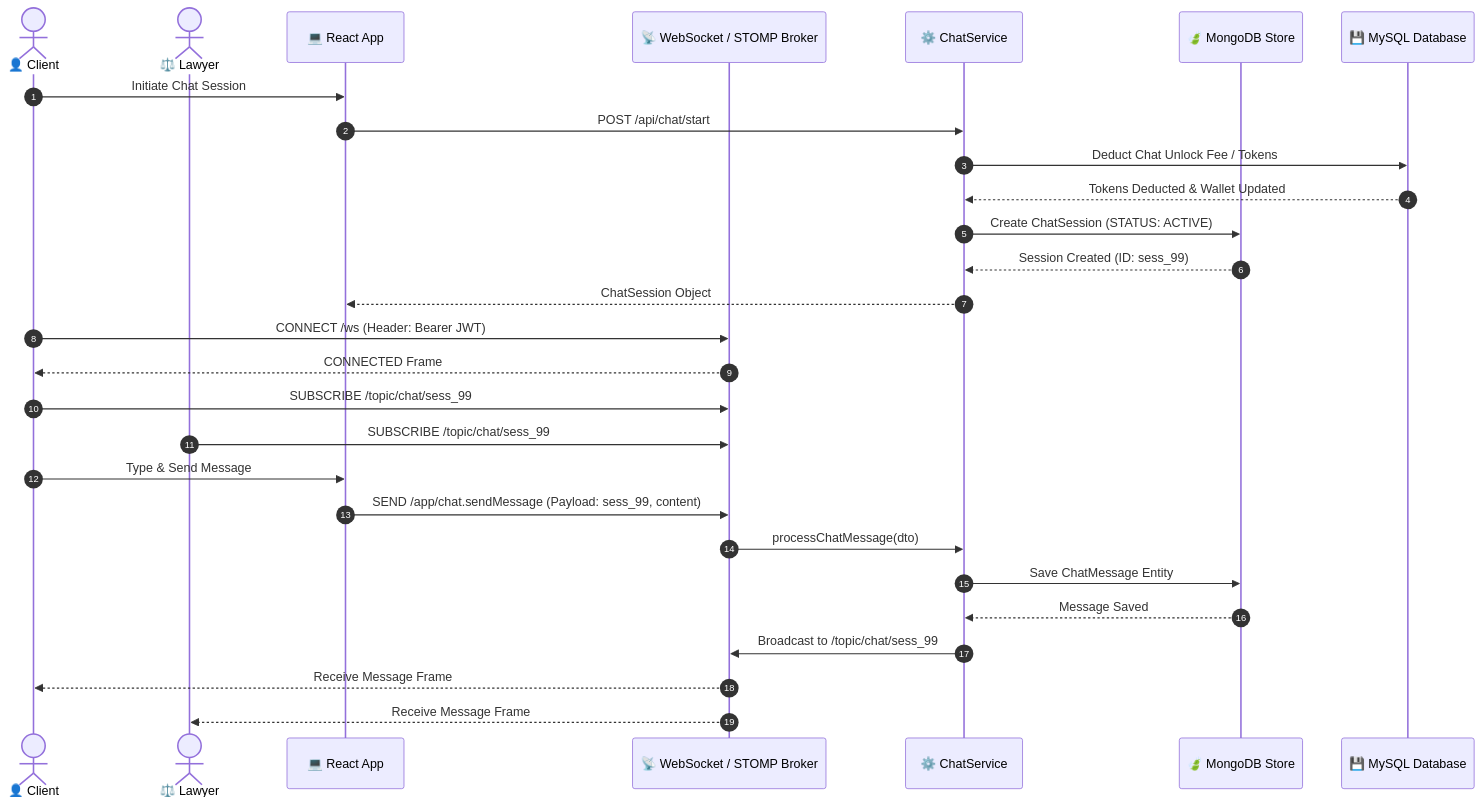
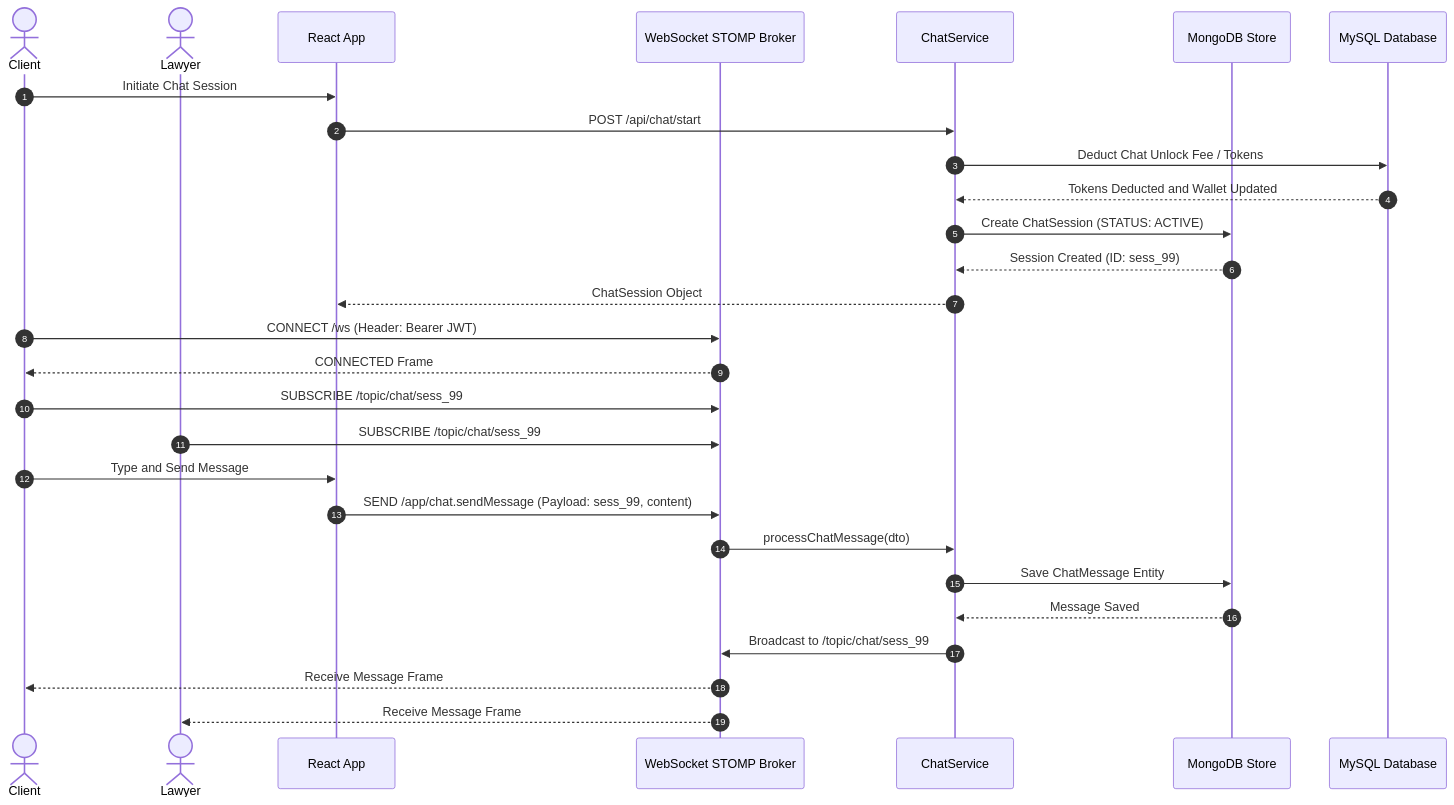
Before and after one commit to Shashanklko/Lawino-Meet: the second of 6 diagrams in docs/WORKFLOWS.md, drawn with Mermaid. The commit also changed other lines of this file and 1 other file, not shown here.

Commit message:
fix: Update Mermaid syntax in ARCHITECTURE.md and WORKFLOWS.md for clean GitHub diagram rendering

````diff
--- a/docs/WORKFLOWS.md
+++ b/docs/WORKFLOWS.md
@@ -49,33 +49,33 @@
 ```mermaid
 sequenceDiagram
     autonumber
-    actor Client as 👤 Client
-    actor Lawyer as ⚖️ Lawyer
-    participant React as 💻 React App
-    participant WS as 📡 WebSocket / STOMP Broker
-    participant ChatSvc as ⚙️ ChatService
-    participant Mongo as 🍃 MongoDB Store
-    participant DB as 💾 MySQL Database
+    actor Client as Client
+    actor Lawyer as Lawyer
+    participant React as React App
+    participant WS as WebSocket STOMP Broker
+    participant ChatSvc as ChatService
+    participant Mongo as MongoDB Store
+    participant DB as MySQL Database
 
     Client->>React: Initiate Chat Session
     React->>ChatSvc: POST /api/chat/start
     ChatSvc->>DB: Deduct Chat Unlock Fee / Tokens
-    DB-->>ChatSvc: Tokens Deducted & Wallet Updated
+    DB-->>ChatSvc: Tokens Deducted and Wallet Updated
     ChatSvc->>Mongo: Create ChatSession (STATUS: ACTIVE)
     Mongo-->>ChatSvc: Session Created (ID: sess_99)
     ChatSvc-->>React: ChatSession Object
 
     Client->>WS: CONNECT /ws (Header: Bearer JWT)
     WS-->>Client: CONNECTED Frame
     Client->>WS: SUBSCRIBE /topic/chat/sess_99
     Lawyer->>WS: SUBSCRIBE /topic/chat/sess_99
 
-    Client->>React: Type & Send Message
+    Client->>React: Type and Send Message
     React->>WS: SEND /app/chat.sendMessage (Payload: sess_99, content)
     WS->>ChatSvc: processChatMessage(dto)
     ChatSvc->>Mongo: Save ChatMessage Entity
     Mongo-->>ChatSvc: Message Saved
     ChatSvc->>WS: Broadcast to /topic/chat/sess_99
     WS-->>Client: Receive Message Frame
     WS-->>Lawyer: Receive Message Frame
 ```
````
